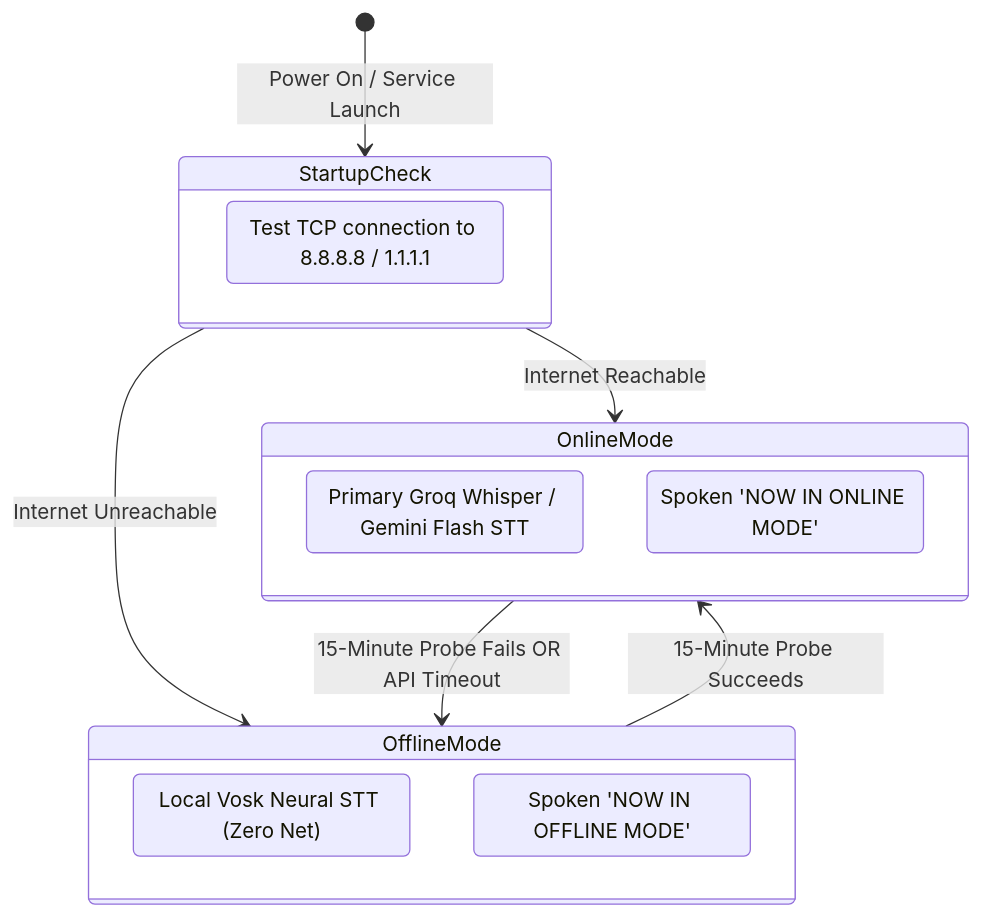
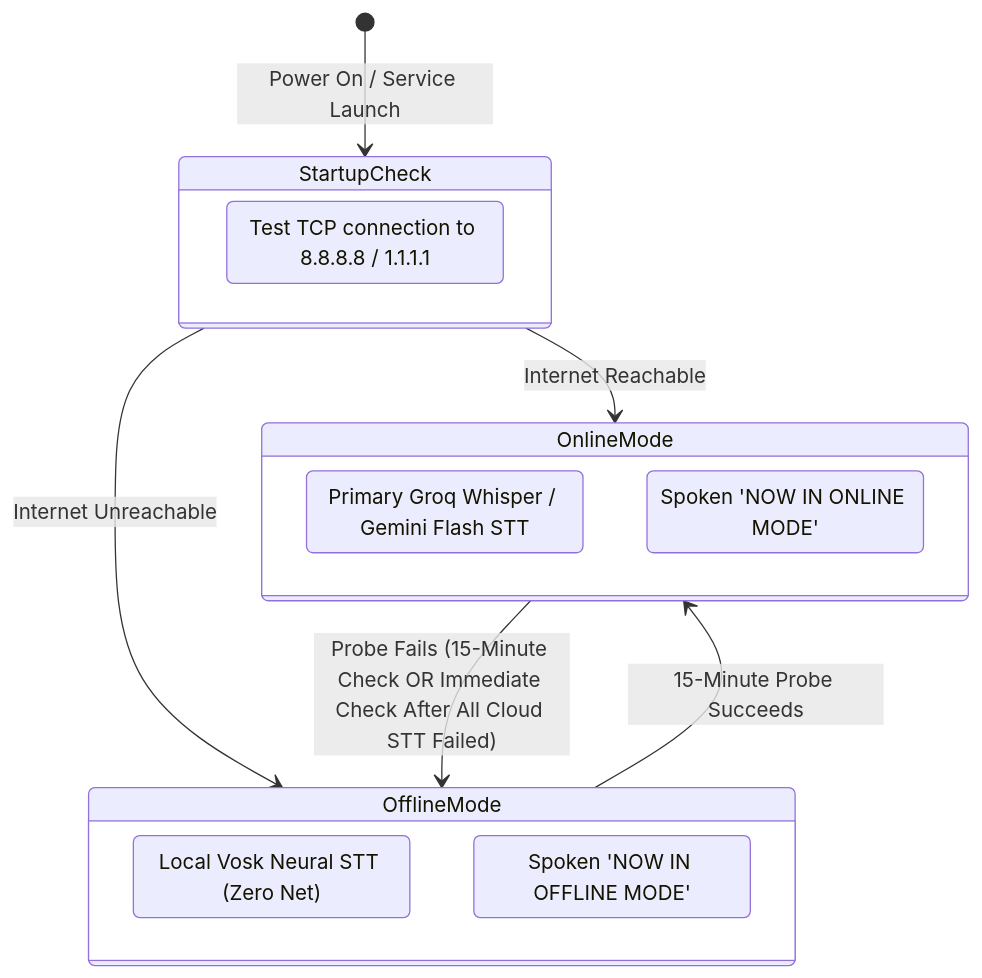
The second of 2 diagrams in docs/architecture.md (sancheza/alsageist), drawn with Mermaid before and after one commit. The commit also changed other lines of this file and 12 other files, not shown here.

````diff
--- a/docs/architecture.md
+++ b/docs/architecture.md
@@ -157,25 +157,25 @@
 ```mermaid
 stateDiagram-v2
     [*] --> StartupCheck: Power On / Service Launch
     
     state StartupCheck {
         direction LR
         TCP_Probe: Test TCP connection to 8.8.8.8 / 1.1.1.1
     }
     
     StartupCheck --> OnlineMode: Internet Reachable
     StartupCheck --> OfflineMode: Internet Unreachable
     
     state OnlineMode {
         OnlineSTT: Primary Groq Whisper / Gemini Flash STT
         OnlineAnnounce: Spoken 'NOW IN ONLINE MODE'
     }
     
     state OfflineMode {
         OfflineSTT: Local Vosk Neural STT (Zero Net)
         OfflineAnnounce: Spoken 'NOW IN OFFLINE MODE'
     }
     
-    OnlineMode --> OfflineMode: 15-Minute Probe Fails OR API Timeout
+    OnlineMode --> OfflineMode: Probe Fails (15-Minute Check OR Immediate Check After All Cloud STT Failed)
     OfflineMode --> OnlineMode: 15-Minute Probe Succeeds
 ```
````
